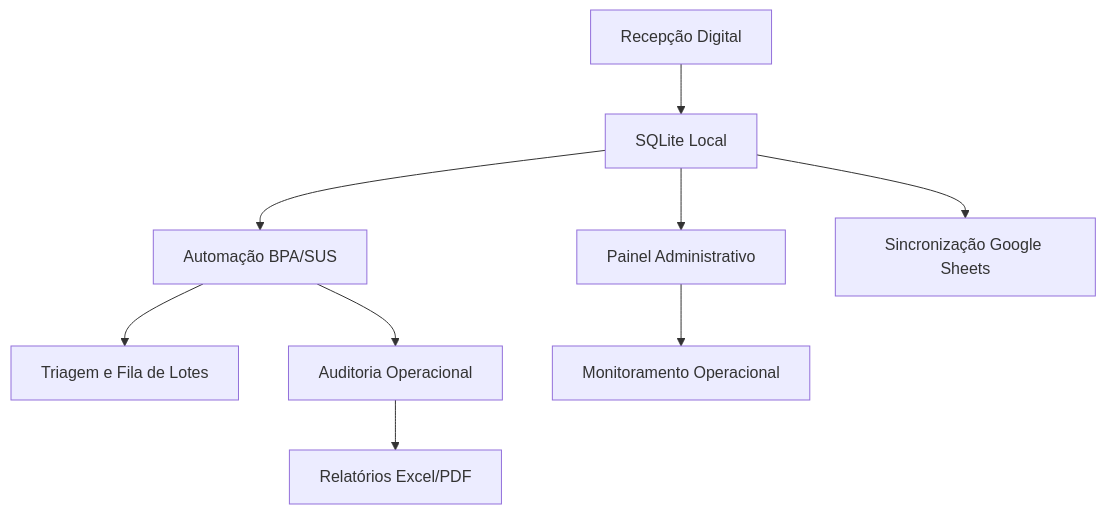
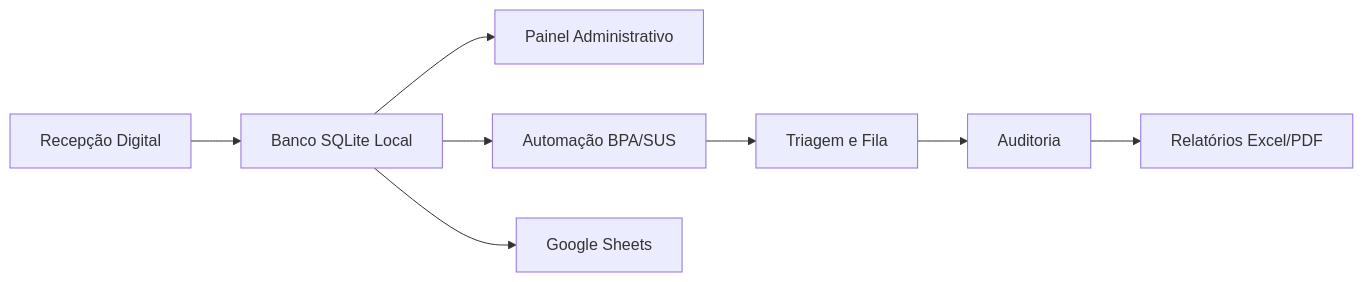
One commit to fabiogomes95/HMPCF-Automation-System changed the diagram in README.md. Above: the diagram before and after it, drawn with Mermaid. The commit also changed other lines of this file, not shown here.

````diff
--- a/README.md
+++ b/README.md
@@ -136,16 +115,20 @@
 ```mermaid
-flowchart TD
+flowchart LR
 
-A[Recepção Digital] --> B[SQLite Local]
+A[Recepção Digital]
+B[Banco SQLite Local]
+C[Painel Administrativo]
+D[Automação BPA/SUS]
+E[Triagem e Fila]
+F[Auditoria]
+G[Relatórios Excel/PDF]
+H[Google Sheets]
 
-B --> C[Painel Administrativo]
-B --> D[Automação BPA/SUS]
-B --> E[Sincronização Google Sheets]
-
-D --> F[Triagem e Fila de Lotes]
-D --> G[Auditoria Operacional]
-
-G --> H[Relatórios Excel/PDF]
-
-C --> I[Monitoramento Operacional]
+A --> B
+B --> C
+B --> D
+D --> E
+E --> F
+F --> G
+B --> H
 ```
````
